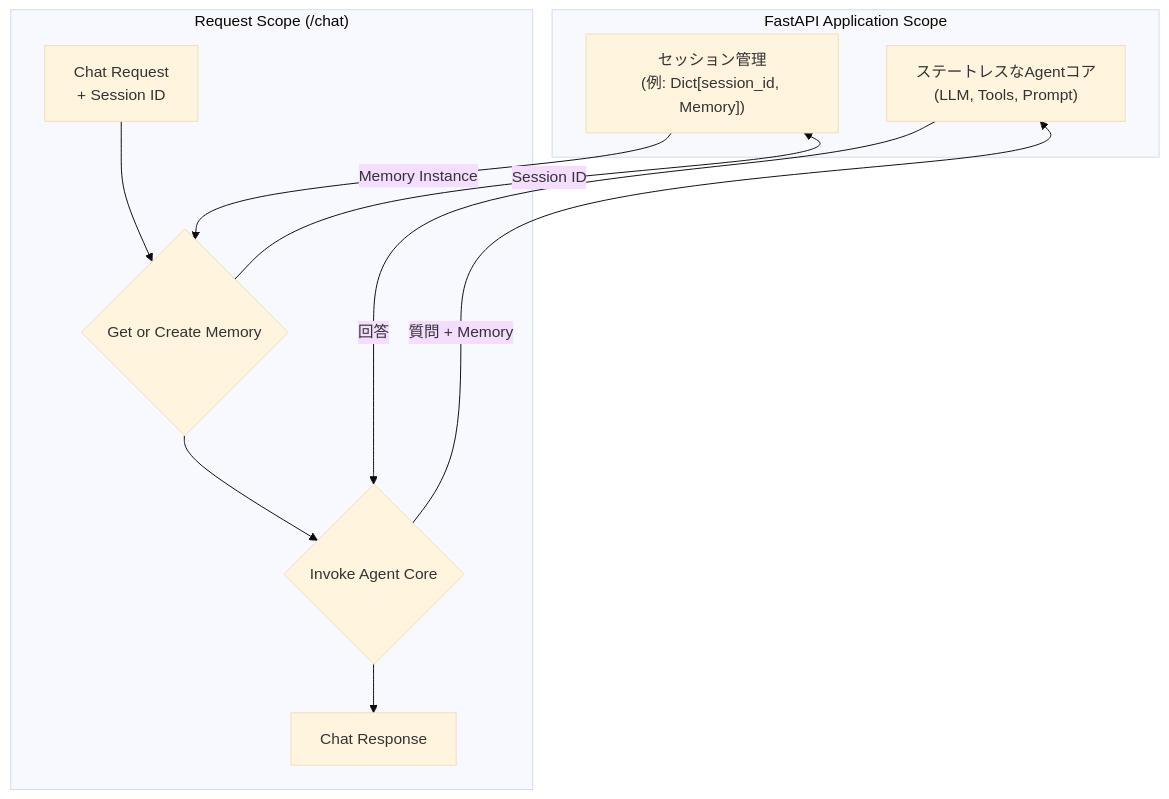
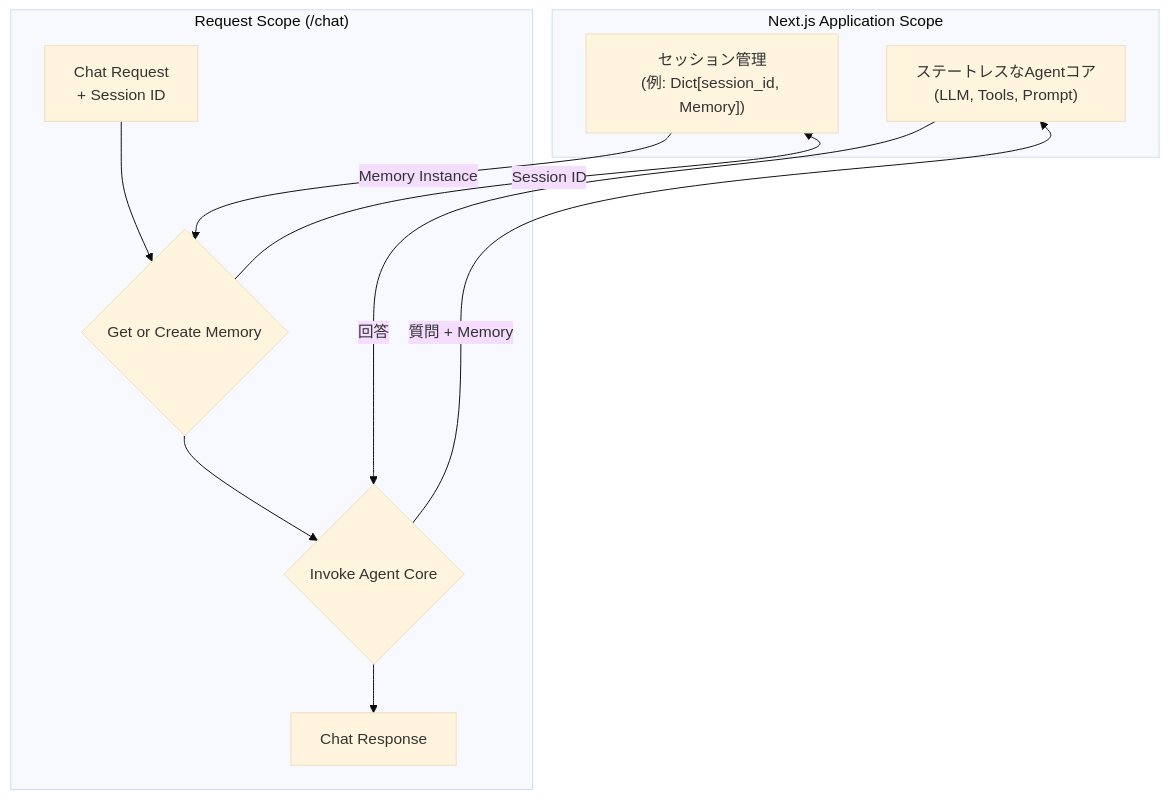
One commit to utky/preschool-agent changed the fourth of 4 diagrams in docs/design.md. Above: the diagram before and after it, drawn with Mermaid (base theme). The commit also changed other lines of this file and 2 other files, not shown here.

````diff
--- a/docs/design.md
+++ b/docs/design.md
@@ -332,17 +336,17 @@
 ```mermaid
 graph TD
-    subgraph "FastAPI Application Scope"
+    subgraph "Next.js Application Scope"
         AgentCore["ステートレスなAgentコア<br>(LLM, Tools, Prompt)"]
         Sessions["セッション管理<br>(例: Dict[session_id, Memory])"]
     end
 
     subgraph "Request Scope (/chat)"
         A[Chat Request<br>+ Session ID] --> B{Get or Create Memory}
         B -- "Session ID" --> Sessions
         Sessions -- "Memory Instance" --> B
         B --> C{Invoke Agent Core}
         C -- "質問 + Memory" --> AgentCore
         AgentCore -- "回答" --> C
         C --> D[Chat Response]
     end
 ```
````
